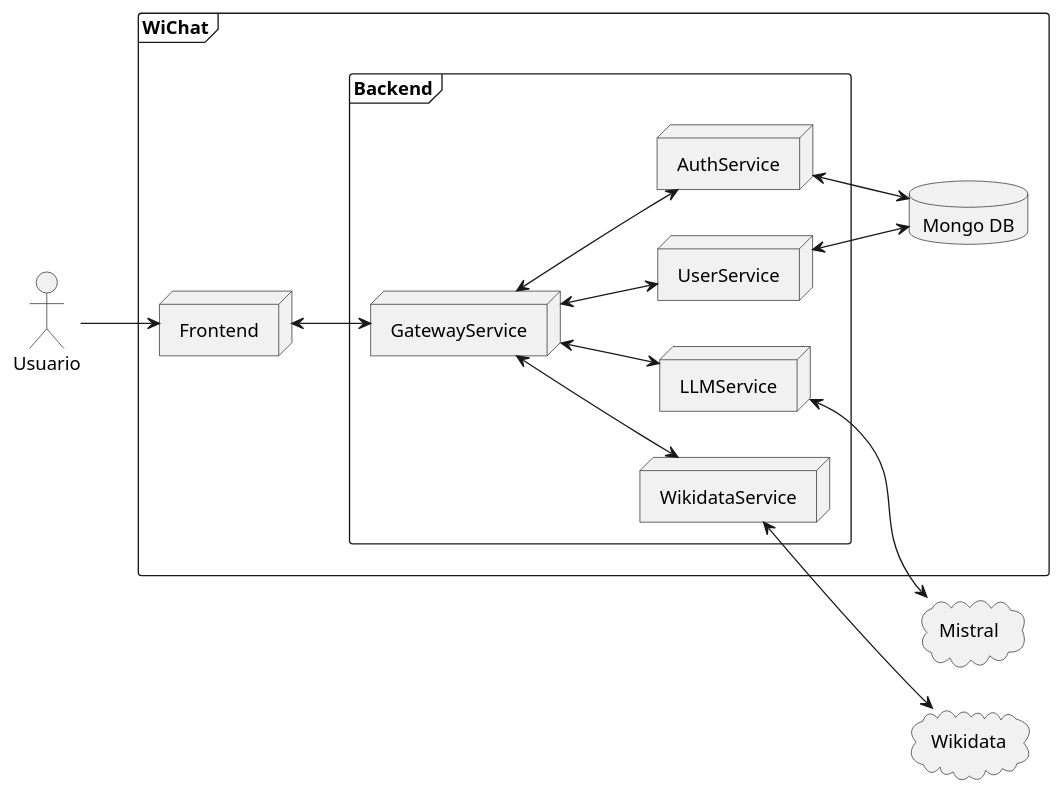
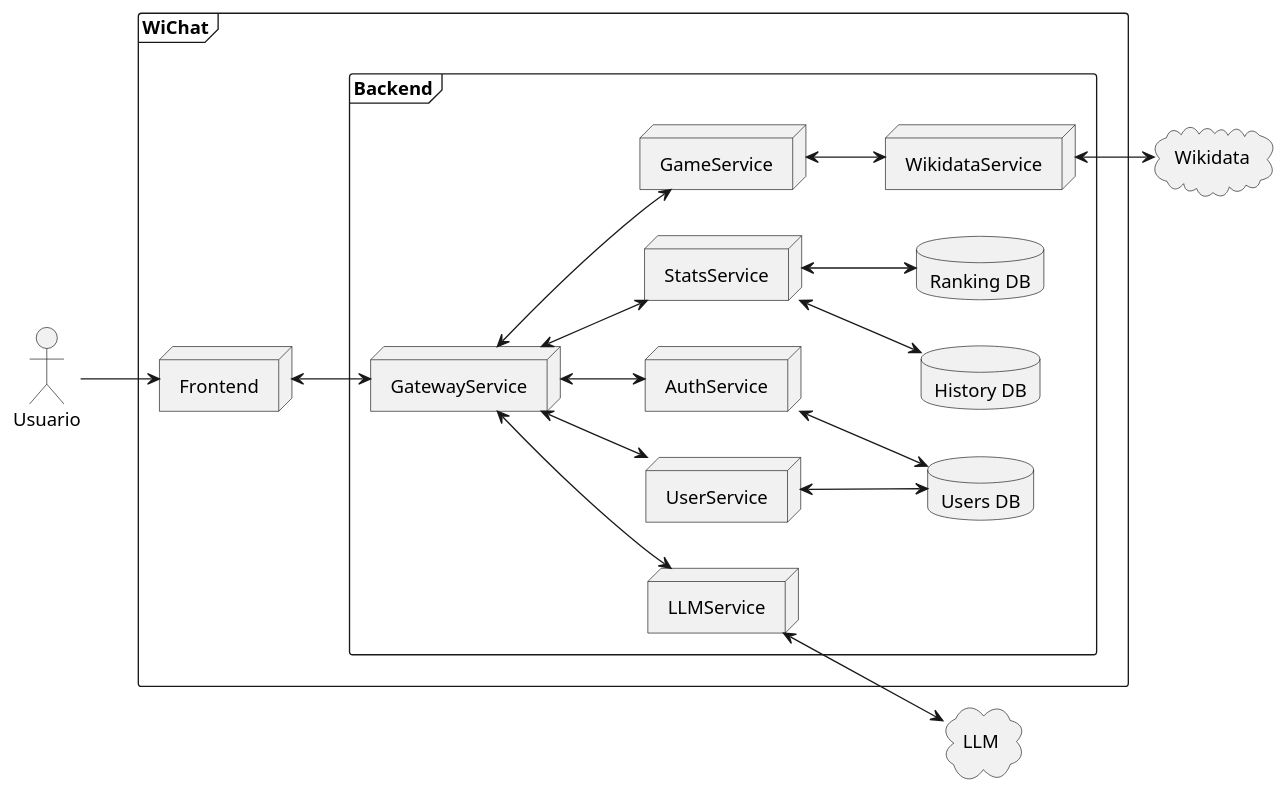
Before and after one commit to Arquisoft/wichat_es5b: the third of 3 diagrams in docs/src/05_building_block_view.adoc, drawn with PlantUML. The commit also changed other lines of this file and 5 other files, not shown here.

```diff
--- a/docs/src/05_building_block_view.adoc
+++ b/docs/src/05_building_block_view.adoc
@@ -174,44 +174,56 @@
 [plantuml,"Backend",png]
 ----
 @startuml
 skinparam monochrome true
 left to right direction
 
 actor "Usuario"
 
 frame WiChat {
   node "Frontend"
 
   frame Backend {
     node "GatewayService"
 
     node "UserService"
 
     node "AuthService"
 
+    node "StatsService"
+
     node "LLMService"
 
+    node "GameService"
+
     node "WikidataService"
+
+    database "Users DB"
+
+    database "History DB"
+
+    database "Ranking DB"
   }
-
-  database "Mongo DB"
 }
 
 cloud "Wikidata"
 
-cloud "Mistral"
+cloud "LLM"
 
 "Usuario" --> "Frontend"
 "Frontend" <--> "GatewayService"
 "GatewayService" <--> "UserService"
 "GatewayService" <--> "AuthService"
 "GatewayService" <--> "LLMService"
-"GatewayService" <--> "WikidataService"
-"UserService" <--> "Mongo DB"
-"AuthService" <--> "Mongo DB"
-"LLMService" <--> "Mistral"
+"GatewayService" <--> "GameService"
+"GatewayService" <--> "StatsService"
+"GameService" <--> "WikidataService"
+"UserService" <--> "Users DB"
+"AuthService" <--> "Users DB"
+"StatsService" <--> "History DB"
+"StatsService" <--> "Ranking DB"
+"LLMService" <--> "LLM"
 "WikidataService" <--> "Wikidata"
 
 
 @enduml
 ----
```
